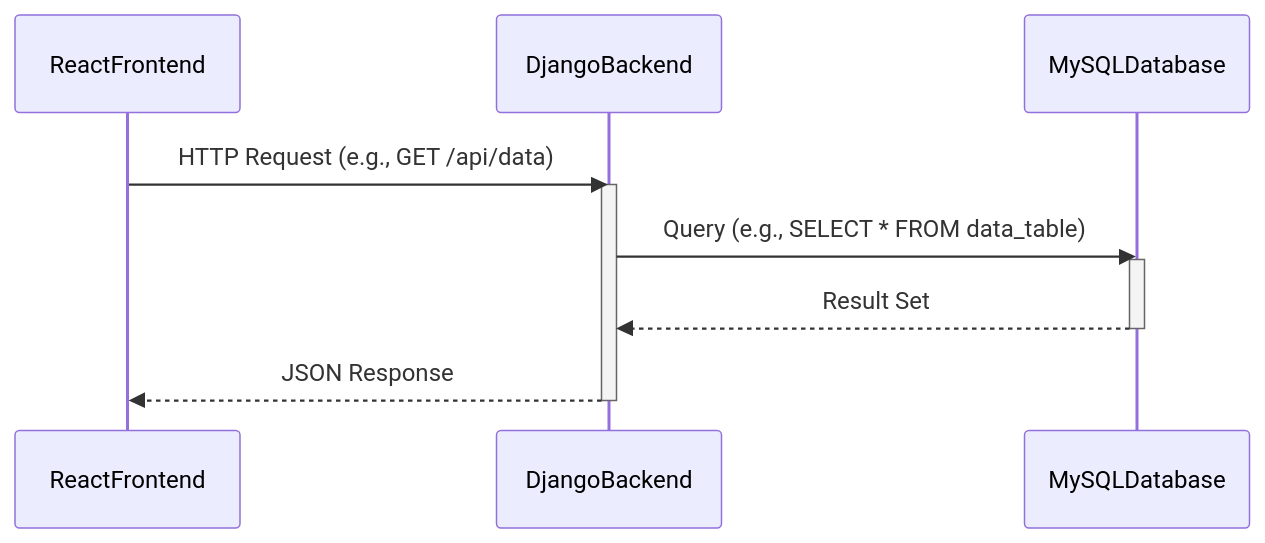
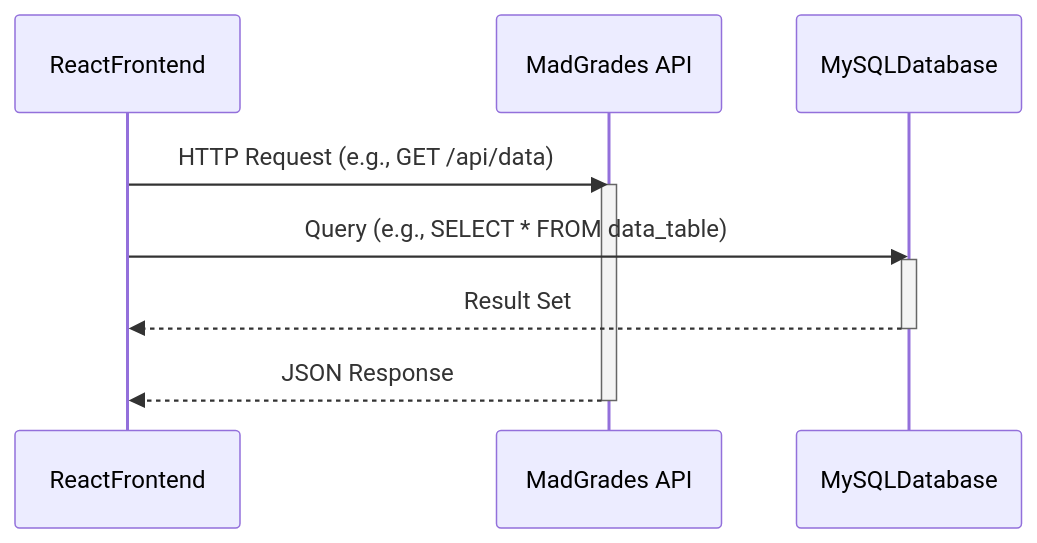
One commit to owhager/GPBadger changed the third of 3 diagrams in README.md. Above: the diagram before and after it, drawn with Mermaid. The commit also changed other lines of this file and 2 other files, not shown here.

Commit message:
Updated grade data displaying, corrected course codes, and updated README

````diff
--- a/README.md
+++ b/README.md
@@ -255,19 +73,14 @@
 ```mermaid
 sequenceDiagram
-
 participant ReactFrontend
-participant DjangoBackend
+participant MadGrades API
 participant MySQLDatabase
-
-ReactFrontend ->> DjangoBackend: HTTP Request (e.g., GET /api/data)
-activate DjangoBackend
-
-DjangoBackend ->> MySQLDatabase: Query (e.g., SELECT * FROM data_table)
+ReactFrontend ->> MadGrades API: HTTP Request (e.g., GET /api/data)
+activate MadGrades API
+ReactFrontend ->> MySQLDatabase: Query (e.g., SELECT * FROM data_table)
 activate MySQLDatabase
-
-MySQLDatabase -->> DjangoBackend: Result Set
+MySQLDatabase -->> ReactFrontend: Result Set
 deactivate MySQLDatabase
-
-DjangoBackend -->> ReactFrontend: JSON Response
-deactivate DjangoBackend
+MadGrades API -->> ReactFrontend: JSON Response
+deactivate MadGrades API
 ```
````
